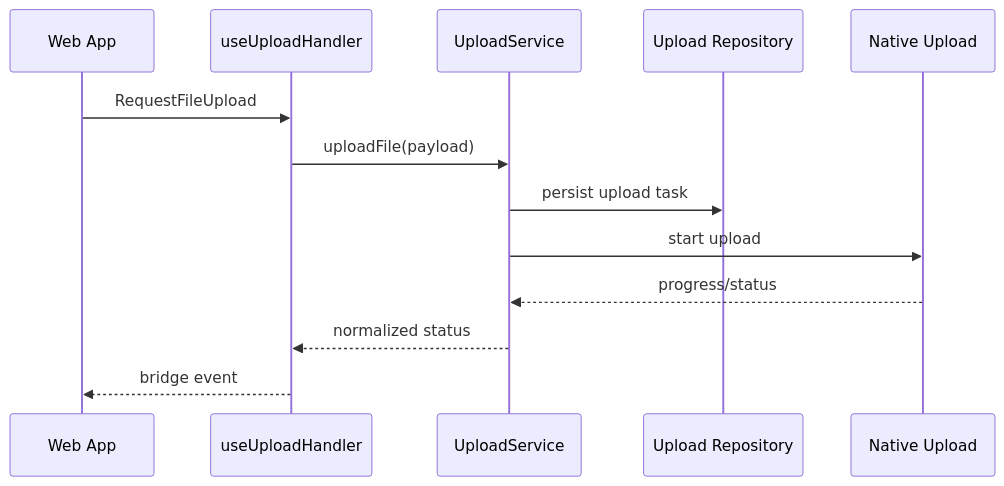
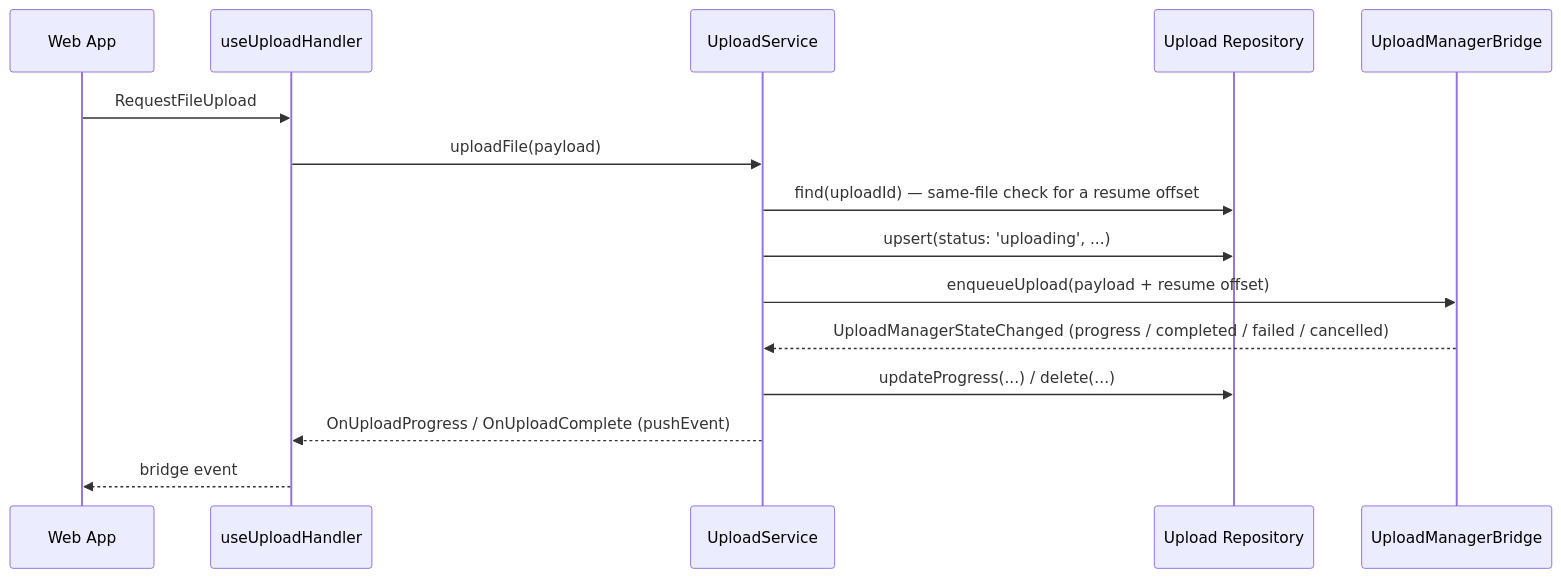
Before and after one commit to lemoncloud-io/dou-app: the second of 3 diagrams in apps/mobile/docs/upload.md, drawn with Mermaid. The commit also changed other lines of this file, not shown here.

First line of the commit message:
docs(mobile): rewrite the upload doc in english

````diff
--- a/apps/mobile/docs/upload.md
+++ b/apps/mobile/docs/upload.md
@@ -36,16 +40,18 @@
 ```mermaid
 sequenceDiagram
     participant Web as Web App
     participant Handler as useUploadHandler
     participant Service as UploadService
     participant Repo as Upload Repository
-    participant Native as Native Upload
+    participant Native as UploadManagerBridge
 
     Web->>Handler: RequestFileUpload
     Handler->>Service: uploadFile(payload)
-    Service->>Repo: persist upload task
-    Service->>Native: start upload
-    Native-->>Service: progress/status
-    Service-->>Handler: normalized status
+    Service->>Repo: find(uploadId) — same-file check for a resume offset
+    Service->>Repo: upsert(status: 'uploading', ...)
+    Service->>Native: enqueueUpload(payload + resume offset)
+    Native-->>Service: UploadManagerStateChanged (progress / completed / failed / cancelled)
+    Service->>Repo: updateProgress(...) / delete(...)
+    Service-->>Handler: OnUploadProgress / OnUploadComplete (pushEvent)
     Handler-->>Web: bridge event
 ```
````
